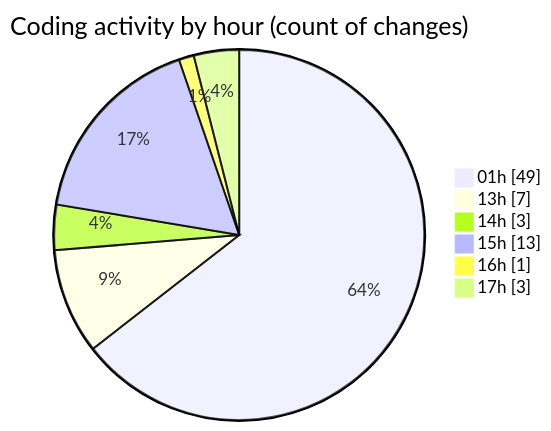
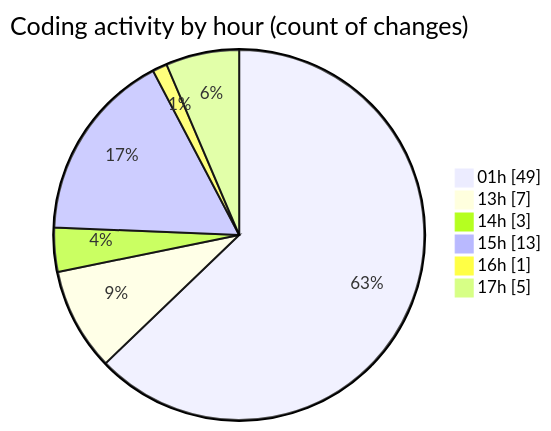
One commit to lephambinh05/code-tracking changed the second of 2 diagrams in 2025-09-02/quanlylink/README.md. Above: the diagram before and after it, drawn with Mermaid. The commit also changed other lines of this file and 1 other file, not shown here.

````diff
--- a/2025-09-02/quanlylink/README.md
+++ b/2025-09-02/quanlylink/README.md
@@ -61,10 +61,10 @@
 ```mermaid
 pie showData
 title Coding activity by hour (count of changes)
 "01h" : 49
 "13h" : 7
 "14h" : 3
 "15h" : 13
 "16h" : 1
-"17h" : 3
+"17h" : 5
 ```
````
